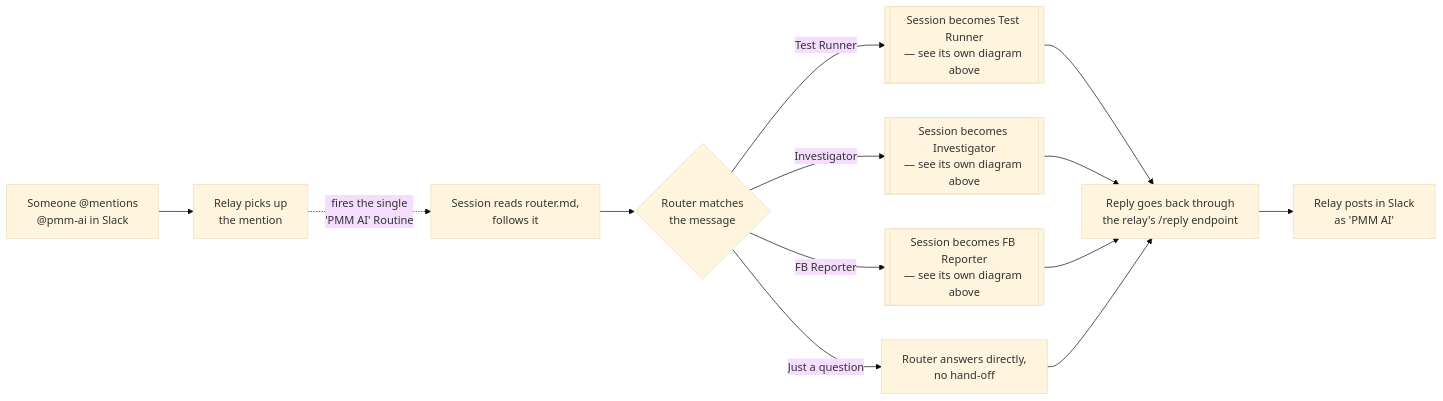
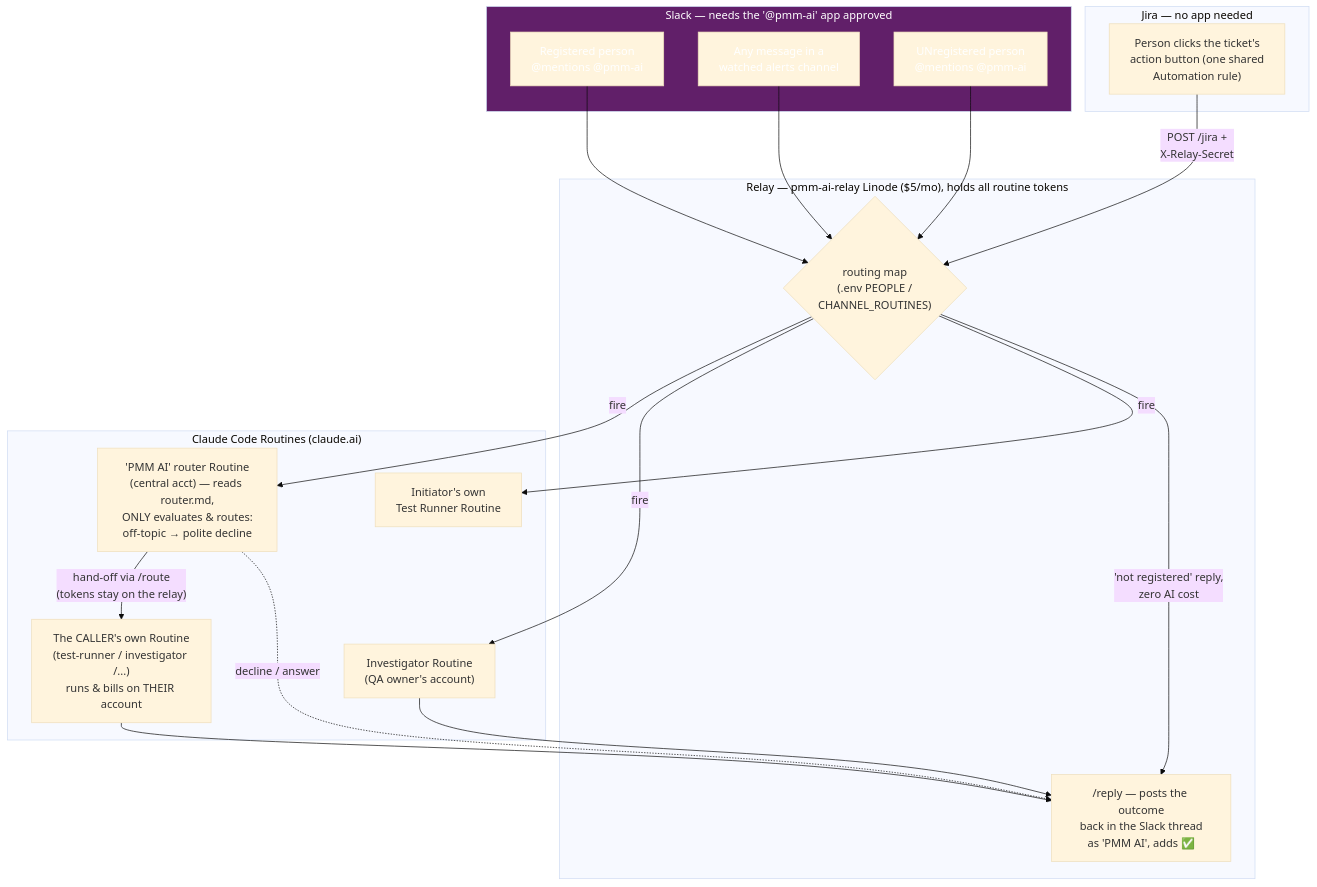
The fourth of 4 diagrams in docs/agents/AUTOMATIONS.md (percona/pmm-qa), drawn with Mermaid (base theme) before and after one commit. The commit also changed other lines of this file, not shown here.

Commit message:
docs: current PMM AI Slack flow diagram for the app-approval ask
Replace the stale design-only section and diagram with the built
architecture: three entry points (mention -> central router -> /route
hand-off to the caller's own routine; watched channel -> Investigator;
Jira button -> initiator's Test Runner), the relay boundary, and an
explicit callout of exactly where the Slack app is needed and what it
can and cannot do -- written to support the workspace-approval request.

Claude-Session: https://claude.ai/code/session_01DBhvZuEUQU8ym347Xat4Yy

````diff
--- a/docs/agents/AUTOMATIONS.md
+++ b/docs/agents/AUTOMATIONS.md
@@ -138,15 +141,33 @@
 ```mermaid
-flowchart LR
-    A["Someone @mentions\n@pmm-ai in Slack"] --> B["Relay picks up\nthe mention"]
-    B -.->|"fires the single\n'PMM AI' Routine"| C["Session reads router.md,\nfollows it"]
-    C --> D{"Router matches\nthe message"}
-    D -->|"Test Runner"| D1[["Session becomes Test Runner\n— see its own diagram above"]]
-    D -->|"Investigator"| D2[["Session becomes Investigator\n— see its own diagram above"]]
-    D -->|"FB Reporter"| D3[["Session becomes FB Reporter\n— see its own diagram above"]]
-    D -->|"Just a question"| D4["Router answers directly,\nno hand-off"]
-    D1 --> E["Reply goes back through\nthe relay's /reply endpoint"]
-    D2 --> E
-    D3 --> E
-    D4 --> E
-    E --> F["Relay posts in Slack\nas 'PMM AI'"]
+flowchart TB
+    subgraph SLACK["Slack — needs the '@pmm-ai' app approved"]
+        M["Registered person\n@mentions @pmm-ai"]
+        W["Any message in a\nwatched alerts channel"]
+        U["UNregistered person\n@mentions @pmm-ai"]
+    end
+    subgraph JIRA["Jira — no app needed"]
+        J["Person clicks the ticket's\naction button (one shared\nAutomation rule)"]
+    end
+    subgraph RELAY["Relay — pmm-ai-relay Linode ($5/mo), holds all routine tokens"]
+        R{"routing map\n(.env PEOPLE /\nCHANNEL_ROUTINES)"}
+        REPLY["/reply — posts the outcome\nback in the Slack thread\nas 'PMM AI', adds ✅"]
+    end
+    subgraph CLAUDE["Claude Code Routines (claude.ai)"]
+        ROUTER["'PMM AI' router Routine\n(central acct) — reads router.md,\nONLY evaluates & routes:\noff-topic → polite decline"]
+        OWN["The CALLER's own Routine\n(test-runner / investigator /...)\nruns & bills on THEIR account"]
+        INV["Investigator Routine\n(QA owner's account)"]
+        TR["Initiator's own\nTest Runner Routine"]
+    end
+    M --> R -->|"fire"| ROUTER
+    ROUTER -->|"hand-off via /route\n(tokens stay on the relay)"| OWN
+    W --> R -->|"fire"| INV
+    J -->|"POST /jira +\nX-Relay-Secret"| R -->|"fire"| TR
+    U --> R -->|"'not registered' reply,\nzero AI cost"| REPLY
+    OWN --> REPLY
+    ROUTER -.->|"decline / answer"| REPLY
+    INV --> REPLY
+    style SLACK fill:#611f69,color:#fff
+    style M color:#fff
+    style W color:#fff
+    style U color:#fff
 ```
````
